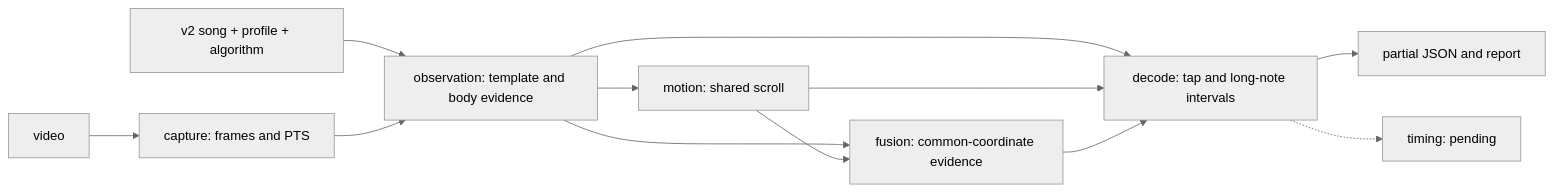
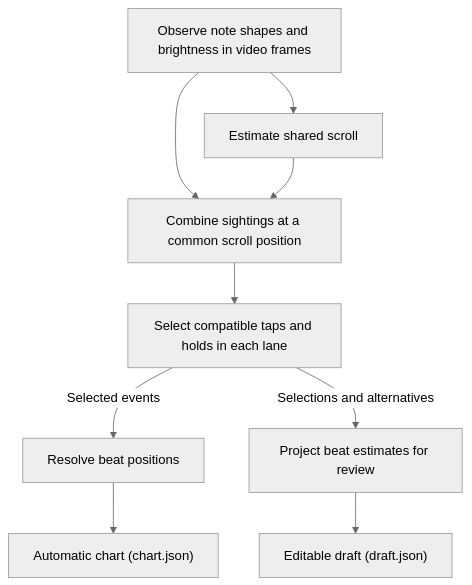
The diagram in doc/ARCHITECTURE.md (khanwul/EZ2Re-Chart), drawn with Mermaid (neutral theme) before and after one commit. The commit also changed other lines of this file and 3 other files, not shown here.

Commit message:
docs: document v2 chart extraction, review, and architecture

````diff
--- a/doc/ARCHITECTURE.md
+++ b/doc/ARCHITECTURE.md
@@ -10,14 +7,11 @@
 ```mermaid
-flowchart LR
-    config["v2 song + profile + algorithm"] --> observation
-    video["video"] --> capture["capture: frames and PTS"]
-    capture --> observation["observation: template and body evidence"]
-    observation --> motion["motion: shared scroll"]
-    observation --> fusion["fusion: common-coordinate evidence"]
+flowchart TD
+    obs["Observe note shapes and brightness in video frames"] --> motion["Estimate shared scroll"]
+    obs --> fusion["Combine sightings at a common scroll position"]
     motion --> fusion
-    observation --> decode["decode: tap and long-note intervals"]
-    motion --> decode
-    fusion --> decode
-    decode --> export["partial JSON and report"]
-    decode -.-> timing["timing: pending"]
+    fusion --> decode["Select compatible taps and holds in each lane"]
+    decode -->|Selected events| timing["Resolve beat positions"]
+    decode -->|Selections and alternatives| review["Project beat estimates for review"]
+    timing --> chart["Automatic chart (chart.json)"]
+    review --> draft["Editable draft (draft.json)"]
 ```
````
